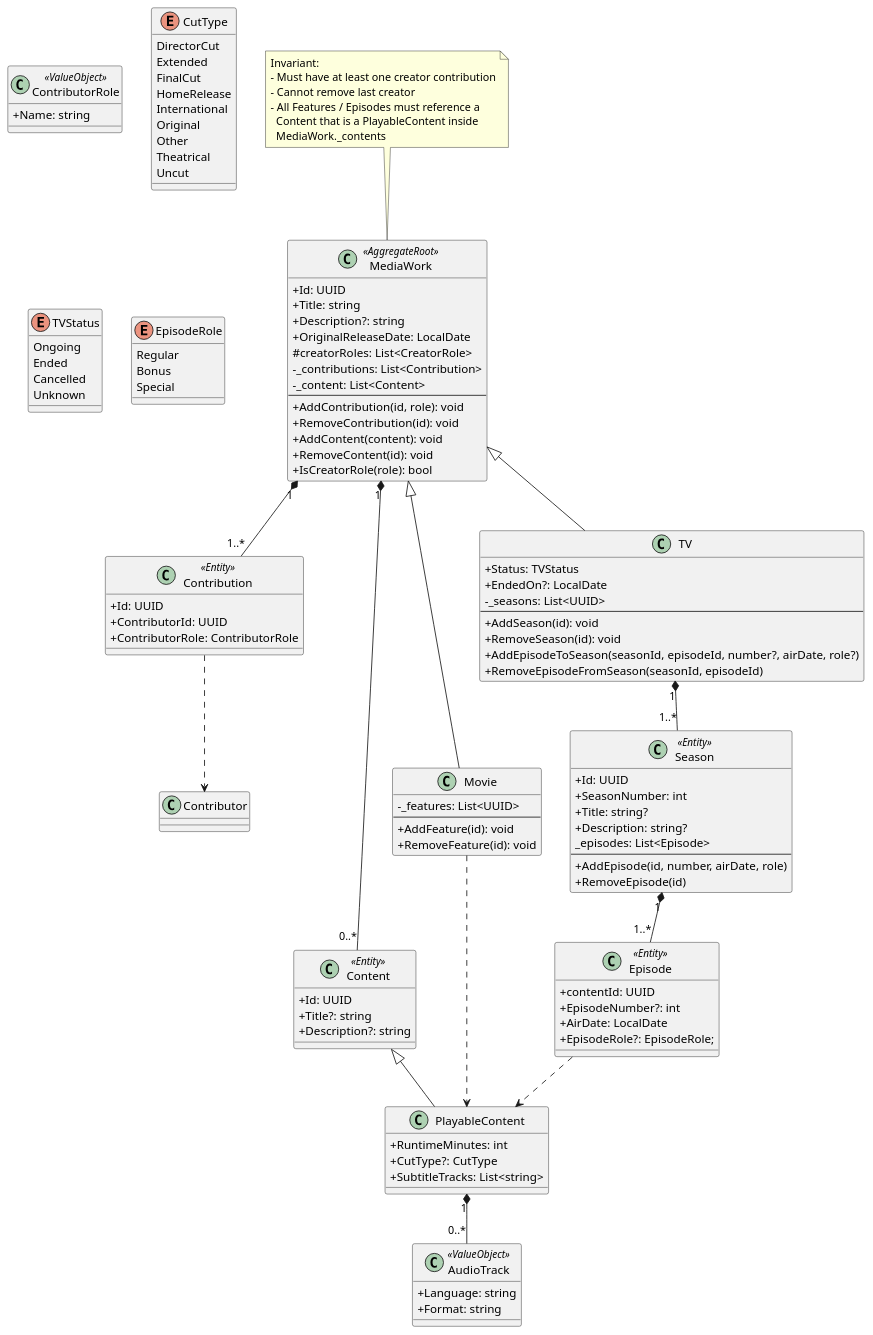
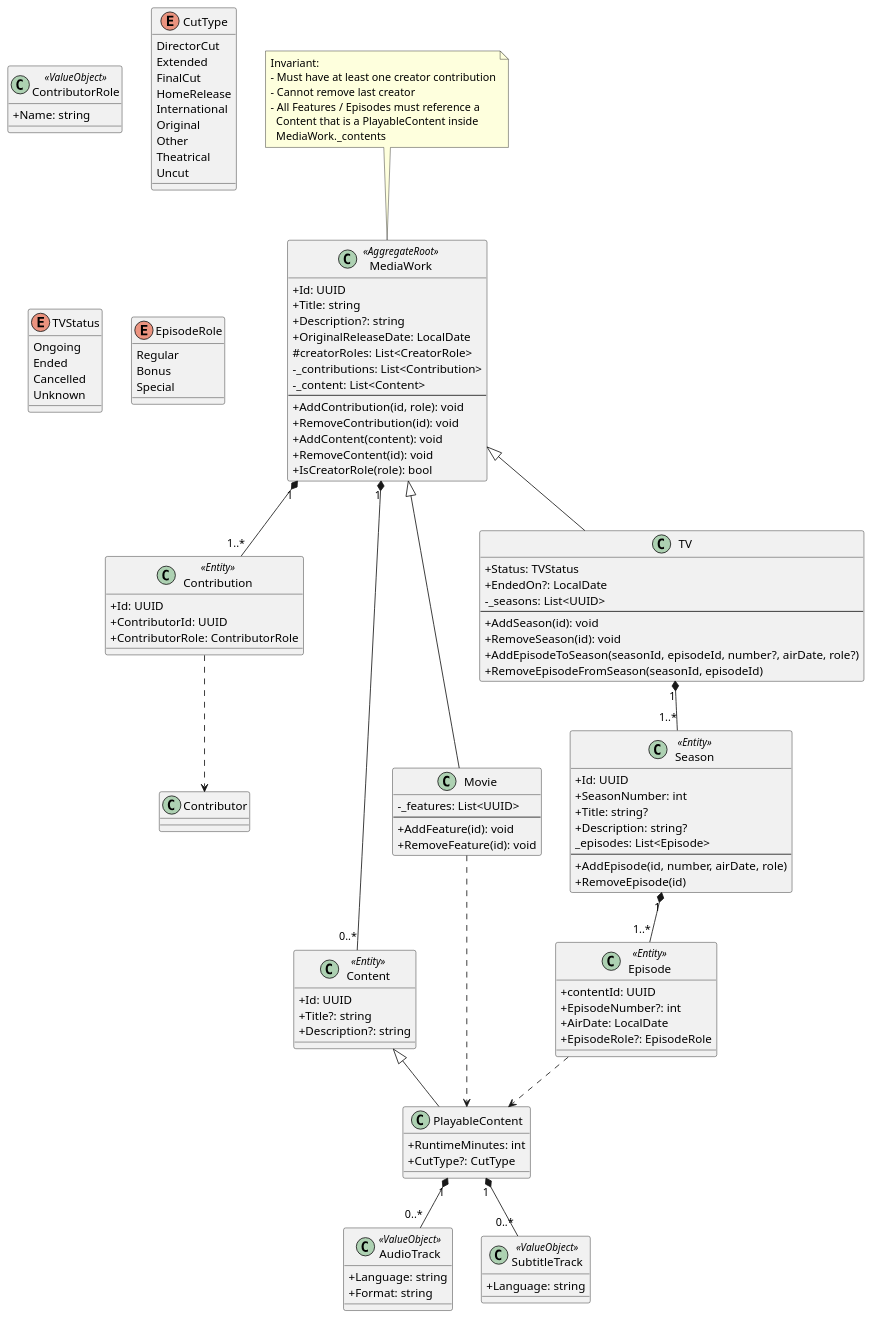
Before and after one commit to yantue/colleq: the diagram in docs/uml/domain/media_work.domain.puml, drawn with PlantUML. The commit also changed 2 other files, not shown here.

```diff
--- a/docs/uml/domain/media_work.domain.puml
+++ b/docs/uml/domain/media_work.domain.puml
@@ -1,143 +1,148 @@
 @startuml
 skinparam classAttributeIconSize 0
 
 ' ===== CORE =====
 class MediaWork <<AggregateRoot>> {
     +Id: UUID
     +Title: string
     +Description?: string
     +OriginalReleaseDate: LocalDate
     #creatorRoles: List<CreatorRole>
     -_contributions: List<Contribution>
     -_content: List<Content>
     --
     +AddContribution(id, role): void
     +RemoveContribution(id): void
     +AddContent(content): void
     +RemoveContent(id): void
     +IsCreatorRole(role): bool
 }
 
 note top of MediaWork
 Invariant:
 - Must have at least one creator contribution
 - Cannot remove last creator
 - All Features / Episodes must reference a
   Content that is a PlayableContent inside
   MediaWork._contents
 end note
 
 ' ===== CONTRIBUTIONS =====
 class Contribution <<Entity>> {
     +Id: UUID
     +ContributorId: UUID
     +ContributorRole: ContributorRole
 }
 
 class ContributorRole <<ValueObject>> {
     +Name: string
 }
 
 MediaWork "1" *-- "1..*" Contribution
 
 ' ===== CONTENT =====
 class Content <<Entity>> {
     +Id: UUID
     +Title?: string
     +Description?: string
 }
 
 MediaWork "1" *-- "0..*" Content
 
 class PlayableContent {
     +RuntimeMinutes: int
     +CutType?: CutType
-    +SubtitleTracks: List<string>
 }
 
 enum CutType {
     DirectorCut
     Extended
     FinalCut
     HomeRelease
     International
     Original
     Other
     Theatrical
     Uncut
 }
 
 Content <|-- PlayableContent
 
 class AudioTrack <<ValueObject>> {
     +Language: string
     +Format: string
 }
 
 PlayableContent "1" *-- "0..*" AudioTrack
+
+class SubtitleTrack <<ValueObject>> {
+    +Language: string
+}
+
+PlayableContent "1" *-- "0..*" SubtitleTrack
 
 ' ===== MOVIE =====
 class Movie {
     -_features: List<UUID>
     --
     +AddFeature(id): void
     +RemoveFeature(id): void
 }
 
 MediaWork <|-- Movie
 Movie ..> PlayableContent
 
 ' ===== TV =====
 class TV {
     +Status: TVStatus
     +EndedOn?: LocalDate
     -_seasons: List<UUID>
     --
     +AddSeason(id): void
     +RemoveSeason(id): void
     +AddEpisodeToSeason(seasonId, episodeId, number?, airDate, role?)
     +RemoveEpisodeFromSeason(seasonId, episodeId)
 }
 
 MediaWork <|-- TV
 
 enum TVStatus {
     Ongoing
     Ended
     Cancelled
     Unknown
 }
 
 class Season <<Entity>> {
     +Id: UUID
     +SeasonNumber: int
     +Title: string?
     +Description: string?
     _episodes: List<Episode>
     --
     +AddEpisode(id, number, airDate, role)
     +RemoveEpisode(id)
 }
 
 TV "1" *-- "1..*" Season
 
 class Episode <<Entity>> {
     +contentId: UUID
     +EpisodeNumber?: int
     +AirDate: LocalDate
-    +EpisodeRole?: EpisodeRole;
+    +EpisodeRole?: EpisodeRole
 }
 
 Season "1" *-- "1..*" Episode
 Episode ..> PlayableContent
 
 enum EpisodeRole {
     Regular
     Bonus
     Special
 }
 
 ' ===== CROSS-AGGREGATE REFERENCE =====
 Contribution ..> Contributor
 
 @enduml
```
